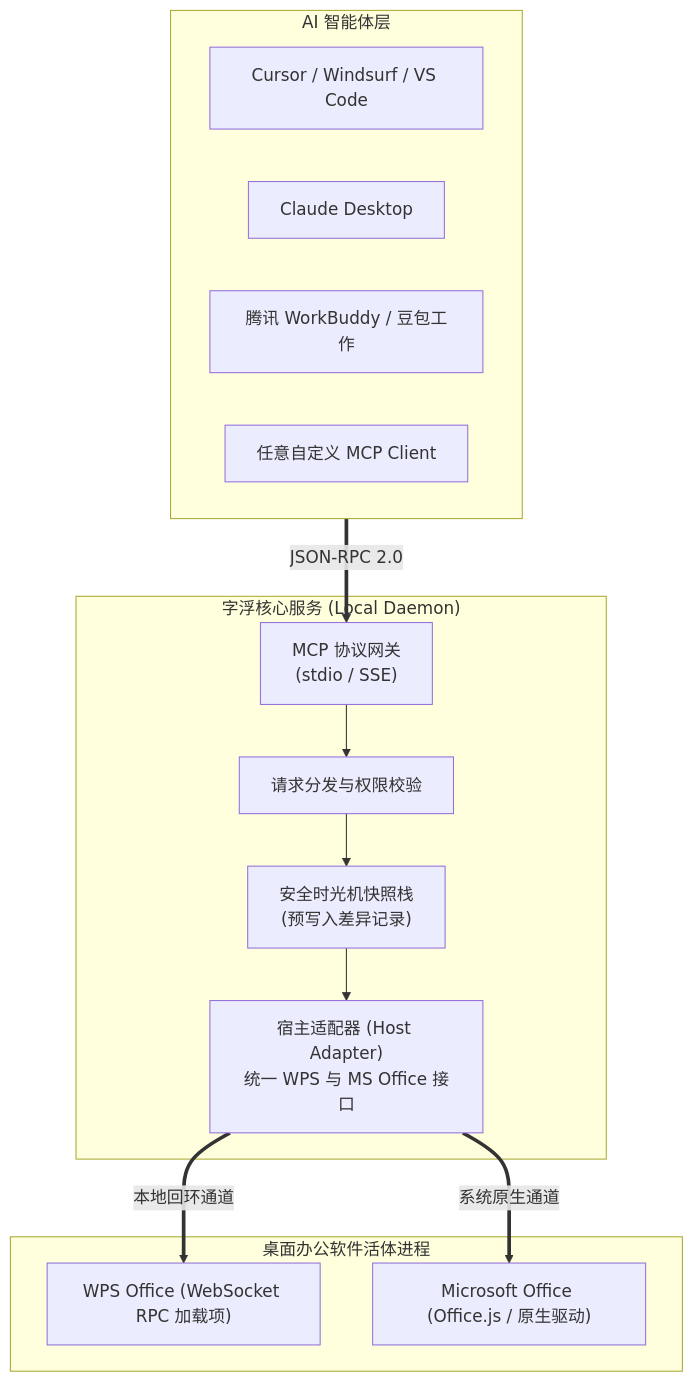
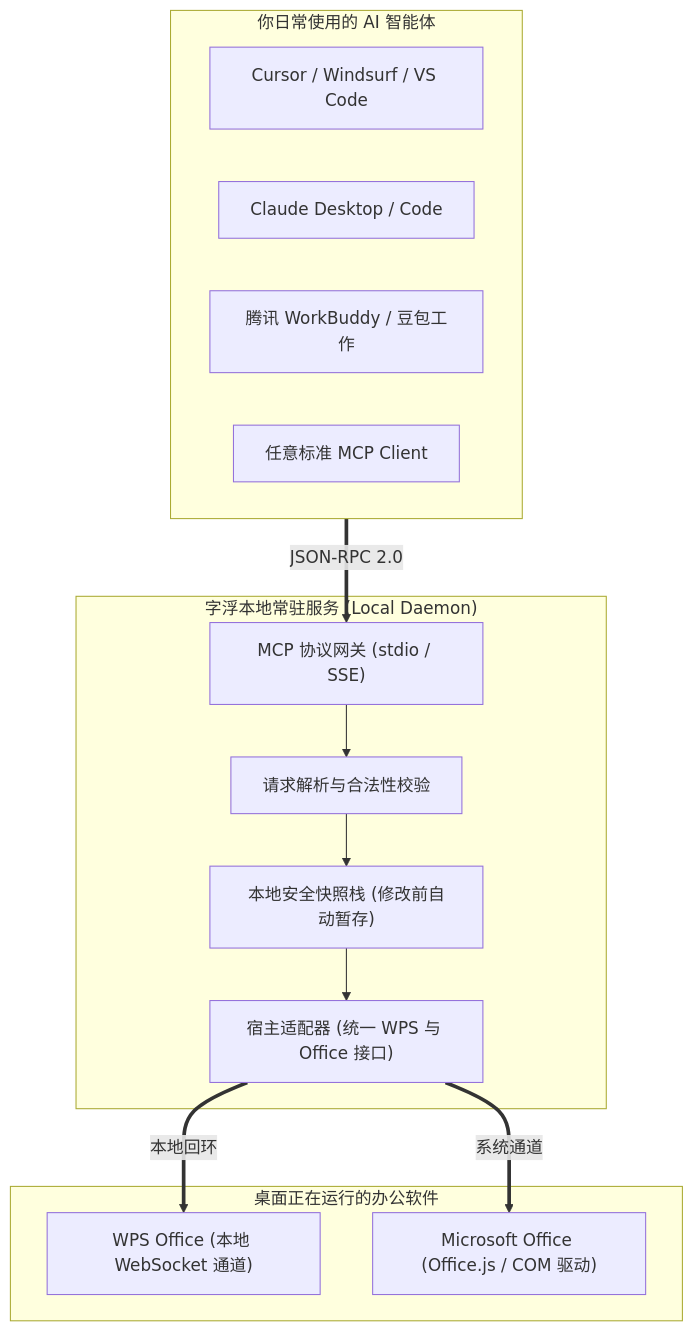
Before and after one commit to Jolly-J/CharFloat: the diagram in README.md, drawn with Mermaid. The commit also changed other lines of this file, not shown here.

````diff
--- a/README.md
+++ b/README.md
@@ -154,27 +95,27 @@
 ```mermaid
 flowchart TD
-    subgraph Agent [" AI 智能体层 "]
+    subgraph Agent [" 你日常使用的 AI 智能体 "]
         A1["Cursor / Windsurf / VS Code"]
-        A2["Claude Desktop"]
+        A2["Claude Desktop / Code"]
         A3["腾讯 WorkBuddy / 豆包工作"]
-        A4["任意自定义 MCP Client"]
+        A4["任意标准 MCP Client"]
     end
 
-    subgraph Bridge [" 字浮核心服务 (Local Daemon) "]
-        MCP["MCP 协议网关<br/>(stdio / SSE)"]
-        Router["请求分发与权限校验"]
-        Snapshot["安全时光机快照栈<br/>(预写入差异记录)"]
-        Adapter["宿主适配器 (Host Adapter)<br/>统一 WPS 与 MS Office 接口"]
+    subgraph Bridge [" 字浮本地常驻服务 (Local Daemon) "]
+        MCP["MCP 协议网关 (stdio / SSE)"]
+        Router["请求解析与合法性校验"]
+        Snapshot["本地安全快照栈 (修改前自动暂存)"]
+        Adapter["宿主适配器 (统一 WPS 与 Office 接口)"]
         
         MCP --> Router --> Snapshot --> Adapter
     end
 
-    subgraph Host [" 桌面办公软件活体进程 "]
-        WPS["WPS Office (WebSocket RPC 加载项)"]
-        MSO["Microsoft Office (Office.js / 原生驱动)"]
+    subgraph Host [" 桌面正在运行的办公软件 "]
+        WPS["WPS Office (本地 WebSocket 通道)"]
+        MSO["Microsoft Office (Office.js / COM 驱动)"]
     end
 
     Agent ==>|JSON-RPC 2.0| MCP
-    Adapter ==>|本地回环通道| WPS
-    Adapter ==>|系统原生通道| MSO
+    Adapter ==>|本地回环| WPS
+    Adapter ==>|系统通道| MSO
 ```
````
